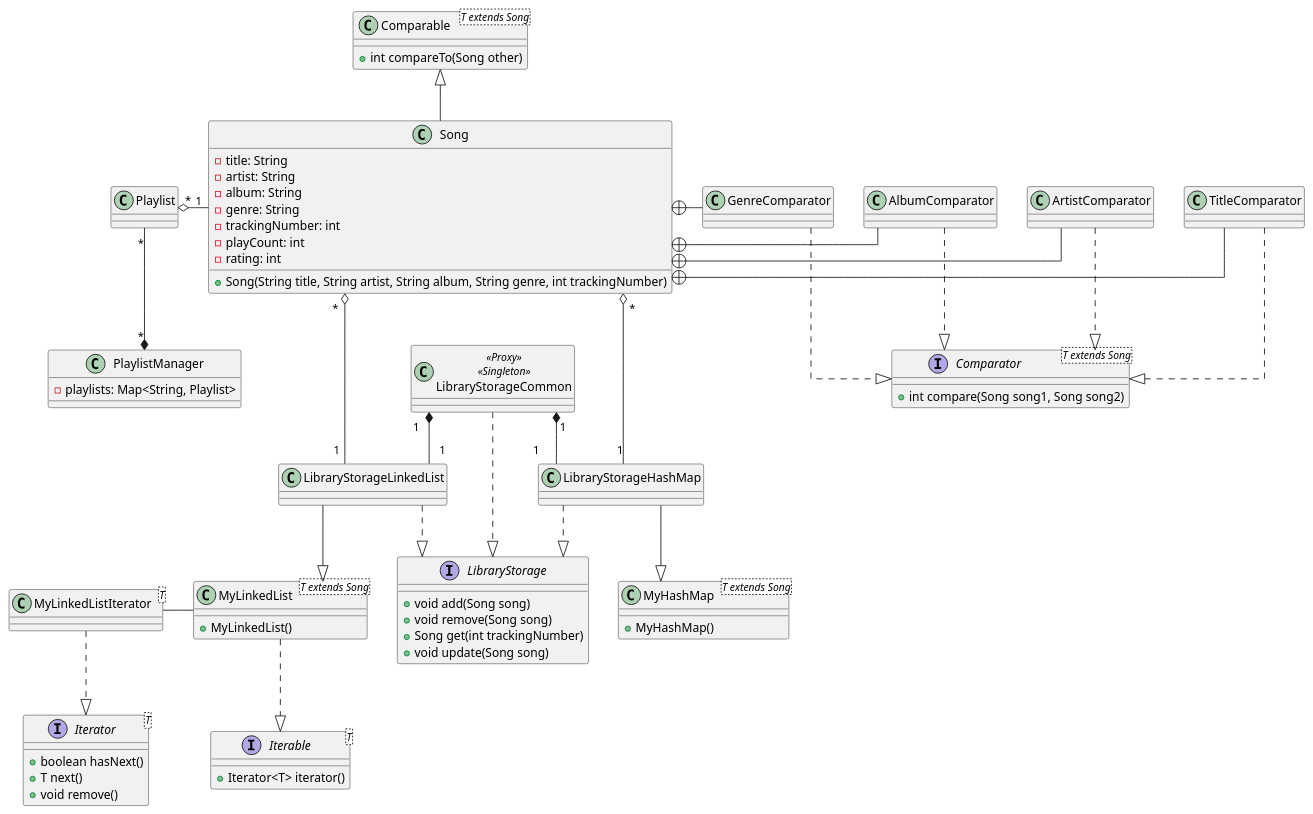
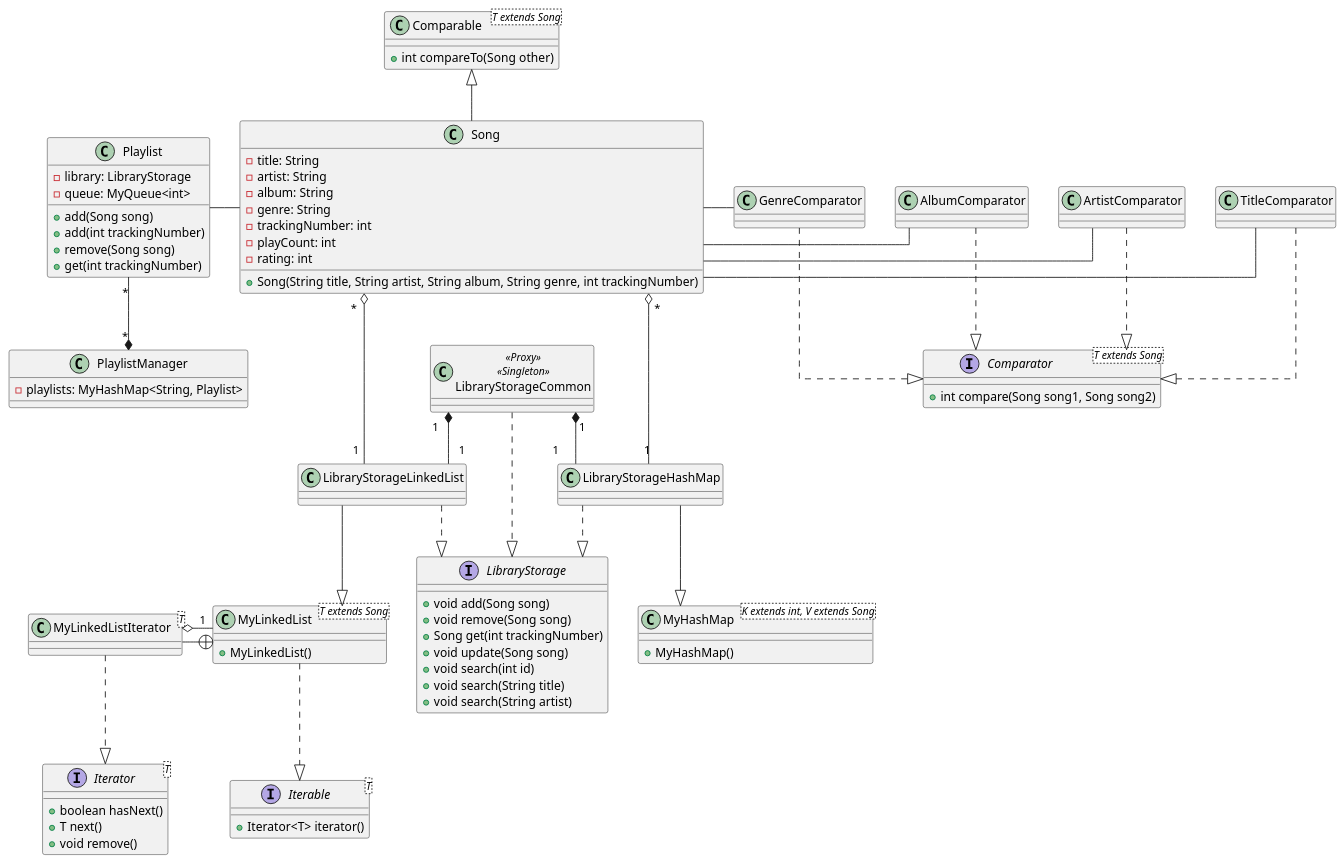
Before and after one commit to sinux-l5d/music-manager: the diagram in uml/library.puml, drawn with PlantUML.

Commit message:
doc: more precisions

```diff
--- a/uml/library.puml
+++ b/uml/library.puml
@@ -1,99 +1,114 @@
 @startuml
 skinparam linetype ortho
 
 'Relationships
 LibraryStorageCommon "1" *-- "1" LibraryStorageLinkedList
 LibraryStorageCommon "1" *-- "1" LibraryStorageHashMap
 LibraryStorageCommon ..|> LibraryStorage
 
+'use MyHashMap
 Playlist "*" --* "*" PlaylistManager
-Playlist "*" o- "1" Song
+Playlist - Song
+'LibraryStorage "1" -o Playlist
 
 LibraryStorageHashMap ..|> LibraryStorage
 LibraryStorageHashMap --|> MyHashMap
 Song "*" o--- "1" LibraryStorageHashMap
 
 LibraryStorageLinkedList ..|> LibraryStorage
 LibraryStorageLinkedList --|> MyLinkedList
 Song "*" o--- "1" LibraryStorageLinkedList
 
-MyLinkedListIterator - MyLinkedList
+MyLinkedListIterator o- "1" MyLinkedList
+MyLinkedListIterator -+ MyLinkedList
 MyLinkedListIterator ..|> Iterator
 MyLinkedList ..|> Iterable
 
 Comparable <|-- Song
 
 TitleComparator ..|> Comparator
-Song +- TitleComparator
+Song - TitleComparator
 ArtistComparator ..|> Comparator
-Song +- ArtistComparator
+Song - ArtistComparator
 AlbumComparator ..|> Comparator
-Song +- AlbumComparator
+Song - AlbumComparator
 GenreComparator ..|> Comparator
-Song +- GenreComparator
+Song - GenreComparator
 
 
 class Comparable<T extends Song> {
     + int compareTo(Song other)
 }
 
 interface Comparator<T extends Song> {
     + int compare(Song song1, Song song2)
 }
 
 class LibraryStorageCommon <<Proxy>> <<Singleton>>
 
 interface LibraryStorage {
     + void add(Song song)
     + void remove(Song song)
     + Song get(int trackingNumber)
     + void update(Song song)
+    + void search(int id)
+    + void search(String title)
+    + void search(String artist)
 }
 
 'Linked list
 class LibraryStorageLinkedList
 
 class MyLinkedList<T extends Song> {
     + MyLinkedList()
 }
 
 class MyLinkedListIterator<T>
 
 interface Iterable<T> {
     + Iterator<T> iterator()
 }
 
 interface Iterator<T> {
     + boolean hasNext()
     + T next()
     + void remove()
 }
 
 'Hash map
 
 class LibraryStorageHashMap
 
-class MyHashMap<T extends Song> {
+class MyHashMap<K extends int, V extends Song> {
     + MyHashMap()
 }
 
 'Song
 
 class Song {
     - title: String
     - artist: String
     - album: String
     - genre: String
     - trackingNumber: int
     - playCount: int
     - rating: int
     + Song(String title, String artist, String album, String genre, int trackingNumber)
 }
 
 'Playlists
 
+class Playlist {
+    - library: LibraryStorage
+    - queue: MyQueue<int>
+    'check it exists first, then add to queue
+    + add(Song song)
+    + add(int trackingNumber)
+    + remove(Song song)
+    + get(int trackingNumber)
+}
 class PlaylistManager {
-    - playlists: Map<String, Playlist>
+    - playlists: MyHashMap<String, Playlist>
 }
 
 @enduml
```
